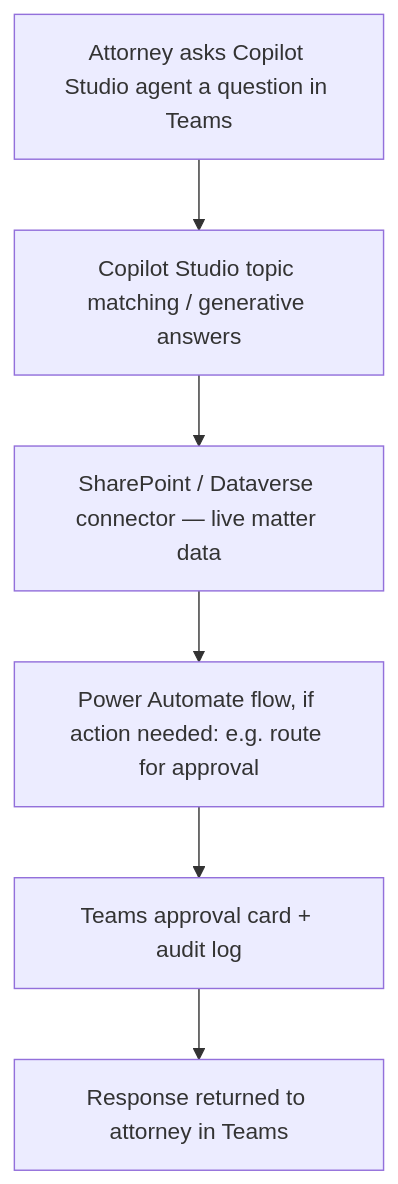
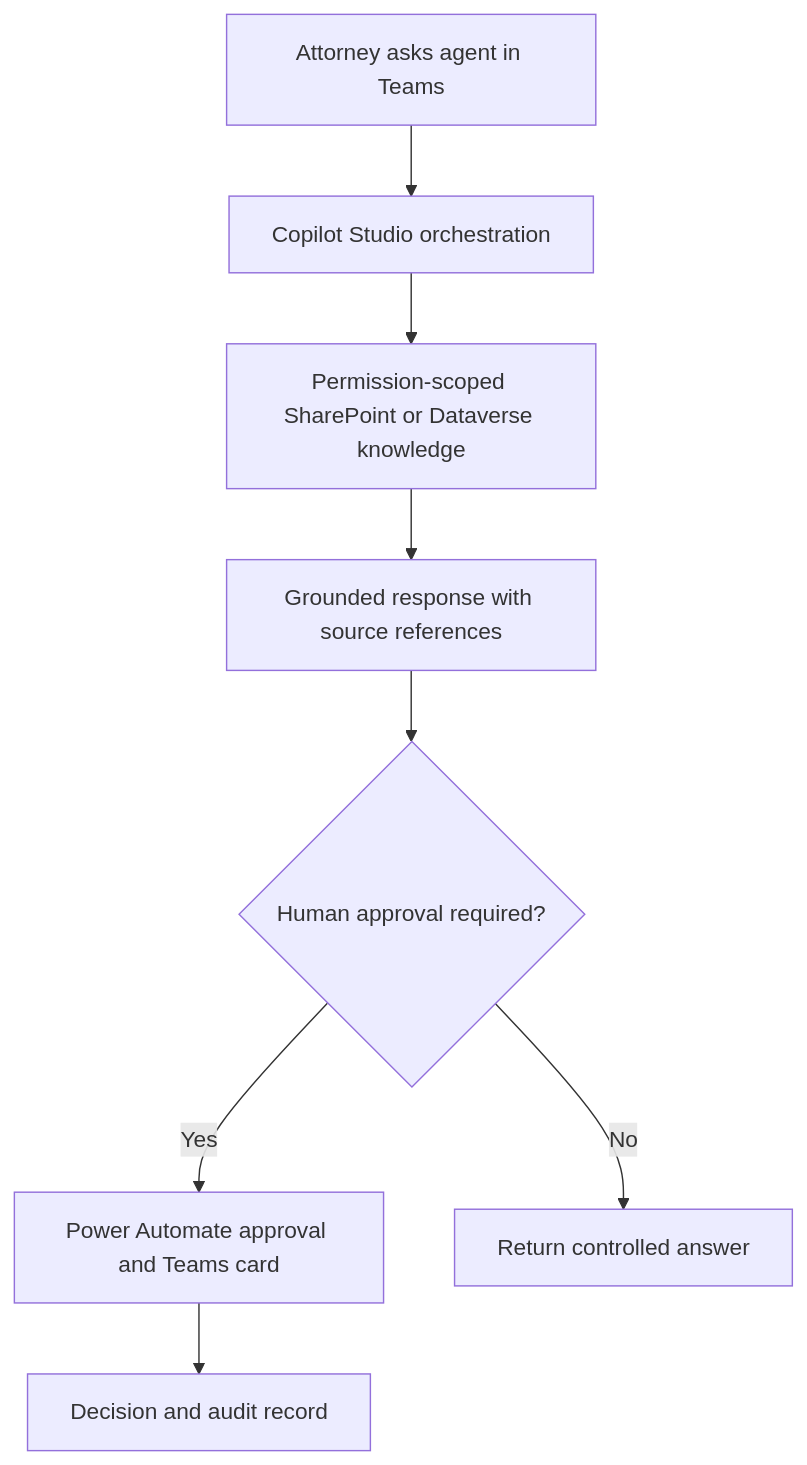
The second of 2 diagrams in README.md (shalineesinghvit12-source/deal-room-assistant), drawn with Mermaid before and after one commit. The commit also changed other lines of this file, not shown here.

````diff
--- a/README.md
+++ b/README.md
@@ -45,8 +111,10 @@
 ```mermaid
 flowchart TD
-    A[Attorney asks Copilot Studio agent a question in Teams] --> B[Copilot Studio topic matching / generative answers]
-    B --> C[SharePoint / Dataverse connector — live matter data]
-    C --> D[Power Automate flow, if action needed: e.g. route for approval]
-    D --> E[Teams approval card + audit log]
-    E --> F[Response returned to attorney in Teams]
+    A["Attorney asks agent in Teams"] --> B["Copilot Studio orchestration"]
+    B --> C["Permission-scoped SharePoint or Dataverse knowledge"]
+    C --> D["Grounded response with source references"]
+    D --> E{"Human approval required?"}
+    E -->|Yes| F["Power Automate approval and Teams card"]
+    F --> G["Decision and audit record"]
+    E -->|No| H["Return controlled answer"]
 ```
````
